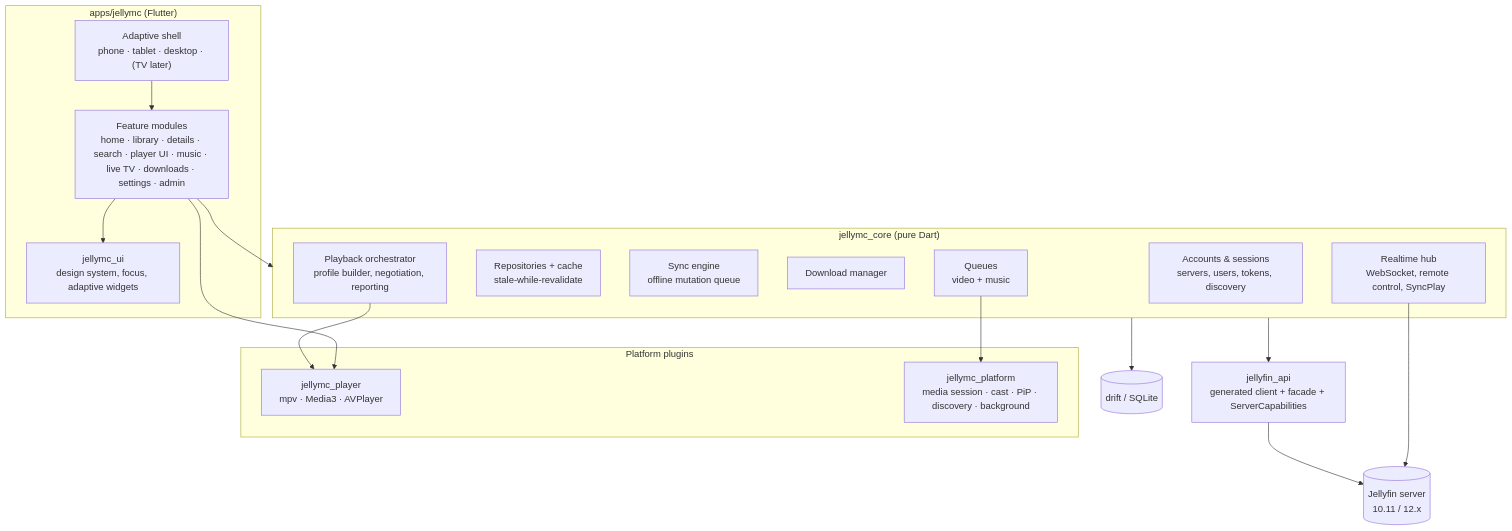
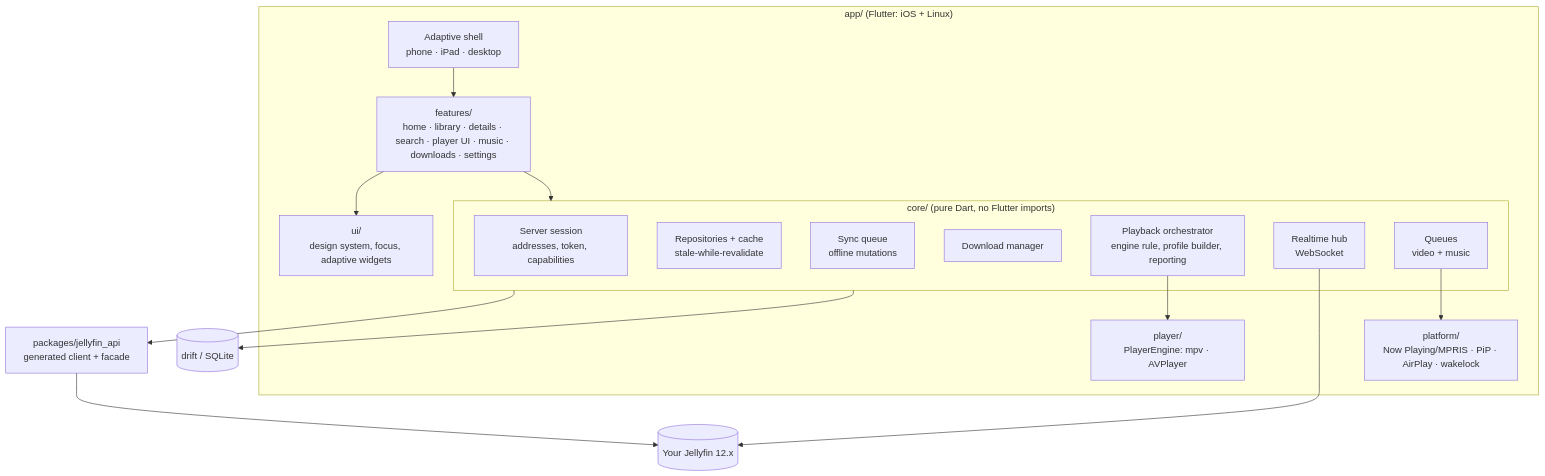
The diagram in docs/architecture.md (milescoviello/jellymc), drawn with Mermaid before and after one commit. The commit also changed other lines of this file, not shown here.

First line of the commit message:
docs: simplify architecture for one user on iOS + Linux

````diff
--- a/docs/architecture.md
+++ b/docs/architecture.md
@@ -5,33 +5,30 @@
 ```mermaid
 flowchart TB
-  subgraph App["apps/jellymc (Flutter)"]
-    Shell["Adaptive shell<br/>phone · tablet · desktop · (TV later)"]
-    Features["Feature modules<br/>home · library · details · search · player UI · music · live TV · downloads · settings · admin"]
-    UI["jellymc_ui<br/>design system, focus, adaptive widgets"]
+  subgraph App["app/ (Flutter: iOS + Linux)"]
+    Shell["Adaptive shell<br/>phone · iPad · desktop"]
+    Features["features/<br/>home · library · details · search · player UI · music · downloads · settings"]
+    UI["ui/<br/>design system, focus, adaptive widgets"]
+    subgraph Core["core/ (pure Dart, no Flutter imports)"]
+      Session["Server session<br/>addresses, token, capabilities"]
+      Repo["Repositories + cache<br/>stale-while-revalidate"]
+      Sync["Sync queue<br/>offline mutations"]
+      DL["Download manager"]
+      PB["Playback orchestrator<br/>engine rule, profile builder, reporting"]
+      RT["Realtime hub<br/>WebSocket"]
+      Queue["Queues<br/>video + music"]
+    end
+    Player["player/<br/>PlayerEngine: mpv · AVPlayer"]
+    Platform["platform/<br/>Now Playing/MPRIS · PiP · AirPlay · wakelock"]
   end
-  subgraph Core["jellymc_core (pure Dart)"]
-    Accounts["Accounts & sessions<br/>servers, users, tokens, discovery"]
-    Repo["Repositories + cache<br/>stale-while-revalidate"]
-    Sync["Sync engine<br/>offline mutation queue"]
-    DL["Download manager"]
-    PB["Playback orchestrator<br/>profile builder, negotiation, reporting"]
-    RT["Realtime hub<br/>WebSocket, remote control, SyncPlay"]
-    Queue["Queues<br/>video + music"]
-  end
-  API["jellyfin_api<br/>generated client + facade + ServerCapabilities"]
+  API["packages/jellyfin_api<br/>generated client + facade"]
   DB[("drift / SQLite")]
-  subgraph Native["Platform plugins"]
-    Player["jellymc_player<br/>mpv · Media3 · AVPlayer"]
-    Platform["jellymc_platform<br/>media session · cast · PiP · discovery · background"]
-  end
-  Server[("Jellyfin server<br/>10.11 / 12.x")]
+  Server[("Your Jellyfin 12.x")]
 
   Shell --> Features --> UI
   Features --> Core
   Core --> API --> Server
   RT --> Server
   Core --> DB
   PB --> Player
   Queue --> Platform
-  Features --> Player
 ```
````
